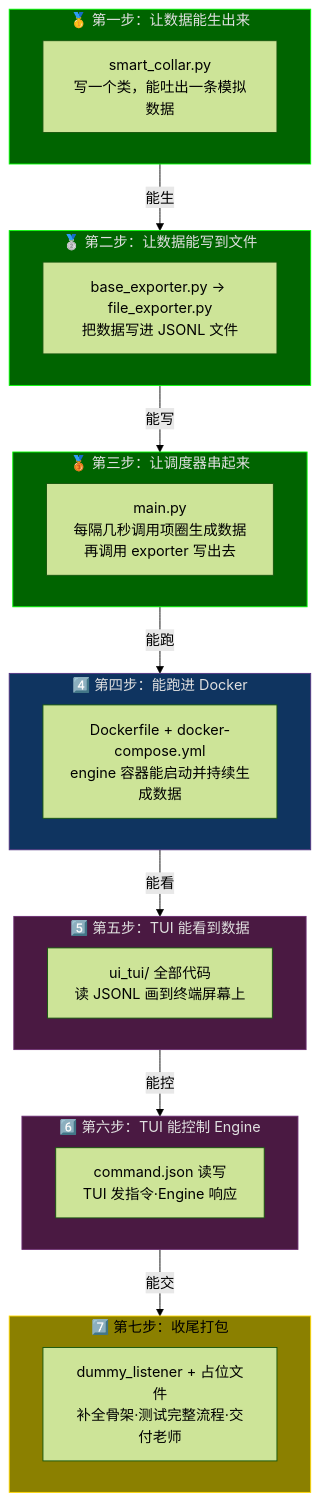
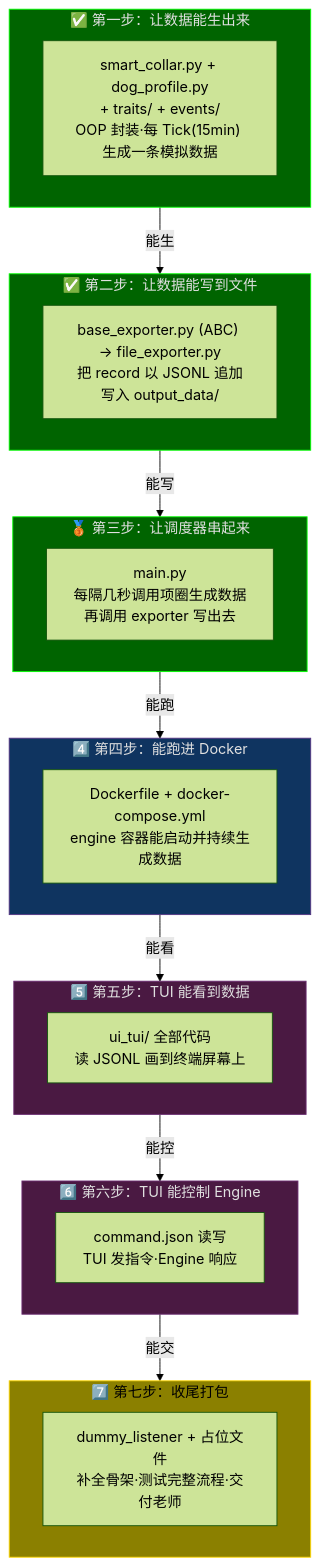
One commit to BassttElSevic/PetNode changed the second of 6 diagrams in C_end_Simulator/README.md. Above: the diagram before and after it, drawn with Mermaid (forest theme). The commit also changed other lines of this file and 5 other files, not shown here.

Commit message:
feat: change default tick to 15min, implement file exporter (Step 2), update README structure

````diff
--- a/C_end_Simulator/README.md
+++ b/C_end_Simulator/README.md
@@ -180,46 +199,46 @@
 ```mermaid
 flowchart TD
-    subgraph Step1["🥇 第一步：让数据能生出来"]
-        s1["smart_collar.py<br/>写一个类，能吐出一条模拟数据"]
+    subgraph Step1["✅ 第一步：让数据能生出来"]
+        s1["smart_collar.py + dog_profile.py<br/>+ traits/ + events/<br/>OOP 封装·每 Tick(15min) 生成一条模拟数据"]
     end
 
-    subgraph Step2["🥈 第二步：让数据能写到文件"]
-        s2["base_exporter.py → file_exporter.py<br/>把数据写进 JSONL 文件"]
+    subgraph Step2["✅ 第二步：让数据能写到文件"]
+        s2["base_exporter.py (ABC) → file_exporter.py<br/>把 record 以 JSONL 追加写入 output_data/"]
     end
 
     subgraph Step3["🥉 第三步：让调度器串起来"]
         s3["main.py<br/>每隔几秒调用项圈生成数据<br/>再调用 exporter 写出去"]
     end
 
     subgraph Step4["4️⃣ 第四步：能跑进 Docker"]
         s4["Dockerfile + docker-compose.yml<br/>engine 容器能启动并持续生成数据"]
     end
 
     subgraph Step5["5️⃣ 第五步：TUI 能看到数据"]
         s5["ui_tui/ 全部代码<br/>读 JSONL 画到终端屏幕上"]
     end
 
     subgraph Step6["6️⃣ 第六步：TUI 能控制 Engine"]
         s6["command.json 读写<br/>TUI 发指令·Engine 响应"]
     end
 
     subgraph Step7["7️⃣ 第七步：收尾打包"]
         s7["dummy_listener + 占位文件<br/>补全骨架·测试完整流程·交付老师"]
     end
 
     Step1 -->|"能生"| Step2
     Step2 -->|"能写"| Step3
     Step3 -->|"能跑"| Step4
     Step4 -->|"能看"| Step5
     Step5 -->|"能控"| Step6
     Step6 -->|"能交"| Step7
 
     style Step1 fill:#006400,stroke:#00FF00,color:#e0e0e0
     style Step2 fill:#006400,stroke:#00FF00,color:#e0e0e0
     style Step3 fill:#006400,stroke:#00FF00,color:#e0e0e0
     style Step4 fill:#0f3460,stroke:#533483,color:#e0e0e0
     style Step5 fill:#4a1942,stroke:#6a2c70,color:#e0e0e0
     style Step6 fill:#4a1942,stroke:#6a2c70,color:#e0e0e0
     style Step7 fill:#8B8000,stroke:#FFD700,color:#000
 
 ```
````
